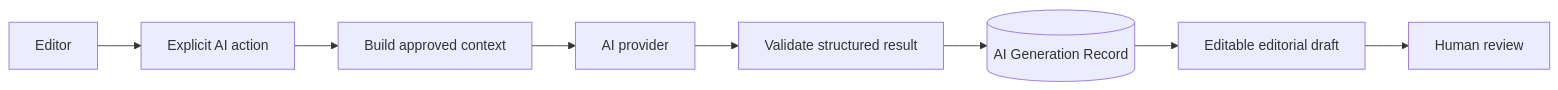
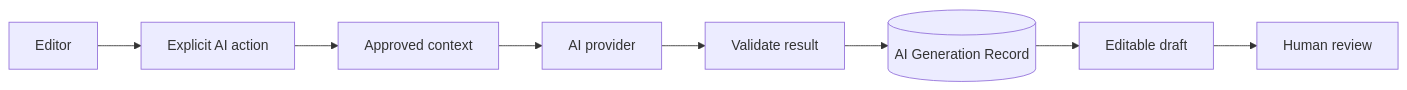
Before and after one commit to YounasKhan2/living-journal: the fifth of 5 diagrams in docs/ARCHITECTURE.md, drawn with Mermaid. The commit also changed other lines of this file, not shown here.

Commit message:
docs: lock production architecture to Next.js

````diff
--- a/docs/ARCHITECTURE.md
+++ b/docs/ARCHITECTURE.md
@@ -196,10 +205,10 @@
 ```mermaid
 flowchart LR
   Editor --> Action[Explicit AI action]
-  Action --> Context[Build approved context]
+  Action --> Context[Approved context]
   Context --> Provider[AI provider]
-  Provider --> Validate[Validate structured result]
+  Provider --> Validate[Validate result]
   Validate --> Generation[(AI Generation Record)]
-  Generation --> Draft[Editable editorial draft]
+  Generation --> Draft[Editable draft]
   Draft --> Review[Human review]
 ```
````
